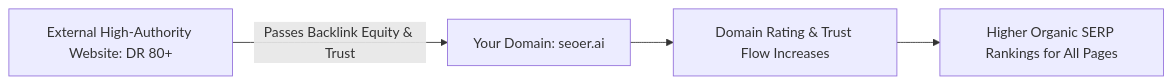
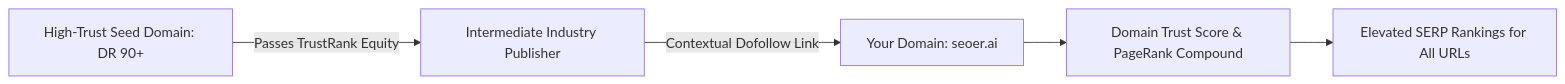
Before and after one commit to seoerai/seo: the diagram in off-page-seo-and-backlinks/README.md, drawn with Mermaid. The commit also changed other lines of this file and 5 other files, not shown here.

Commit message:
docs: expand Off-Page TrustRank, Local Haversine, E-Commerce Facets, Global Hreflang, HTTPS and Sitemap specs

````diff
--- a/off-page-seo-and-backlinks/README.md
+++ b/off-page-seo-and-backlinks/README.md
@@ -11,6 +11,7 @@
 ```mermaid
 flowchart LR
-    A[External High-Authority Website: DR 80+] -->|Passes Backlink Equity & Trust| B[Your Domain: seoer.ai]
-    B --> C[Domain Rating & Trust Flow Increases]
-    C --> D[Higher Organic SERP Rankings for All Pages]
+    A[High-Trust Seed Domain: DR 90+] -->|Passes TrustRank Equity| B[Intermediate Industry Publisher]
+    B -->|Contextual Dofollow Link| C[Your Domain: seoer.ai]
+    C --> D[Domain Trust Score & PageRank Compound]
+    D --> E[Elevated SERP Rankings for All URLs]
 ```
````
